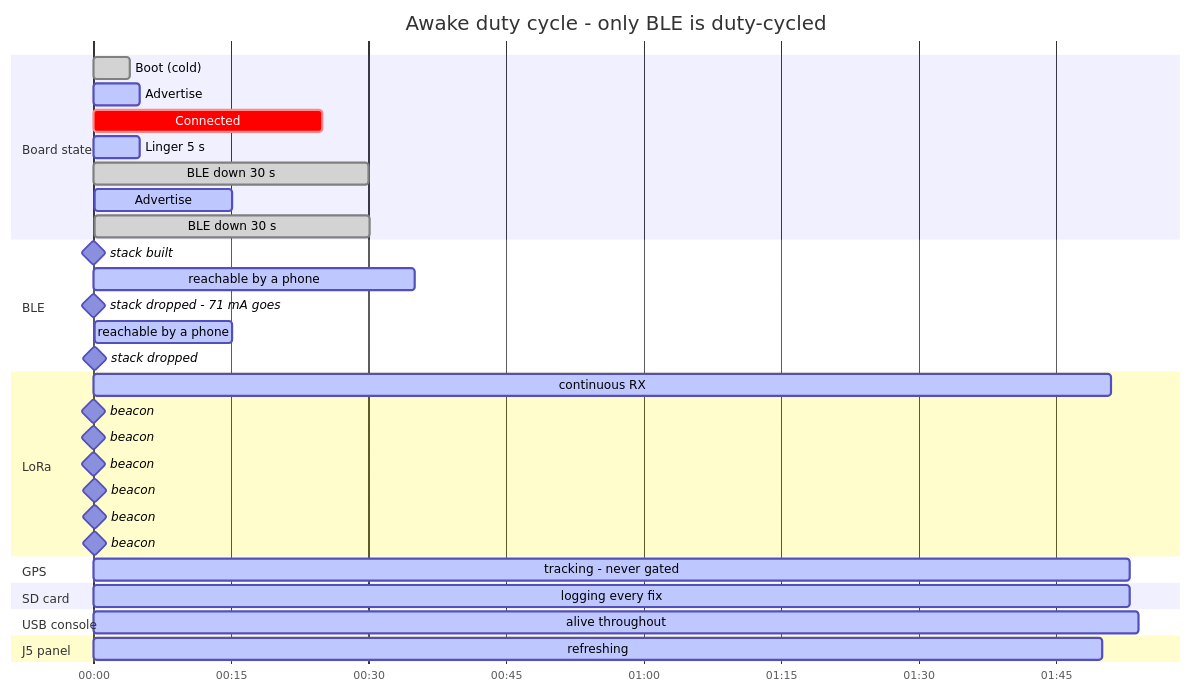
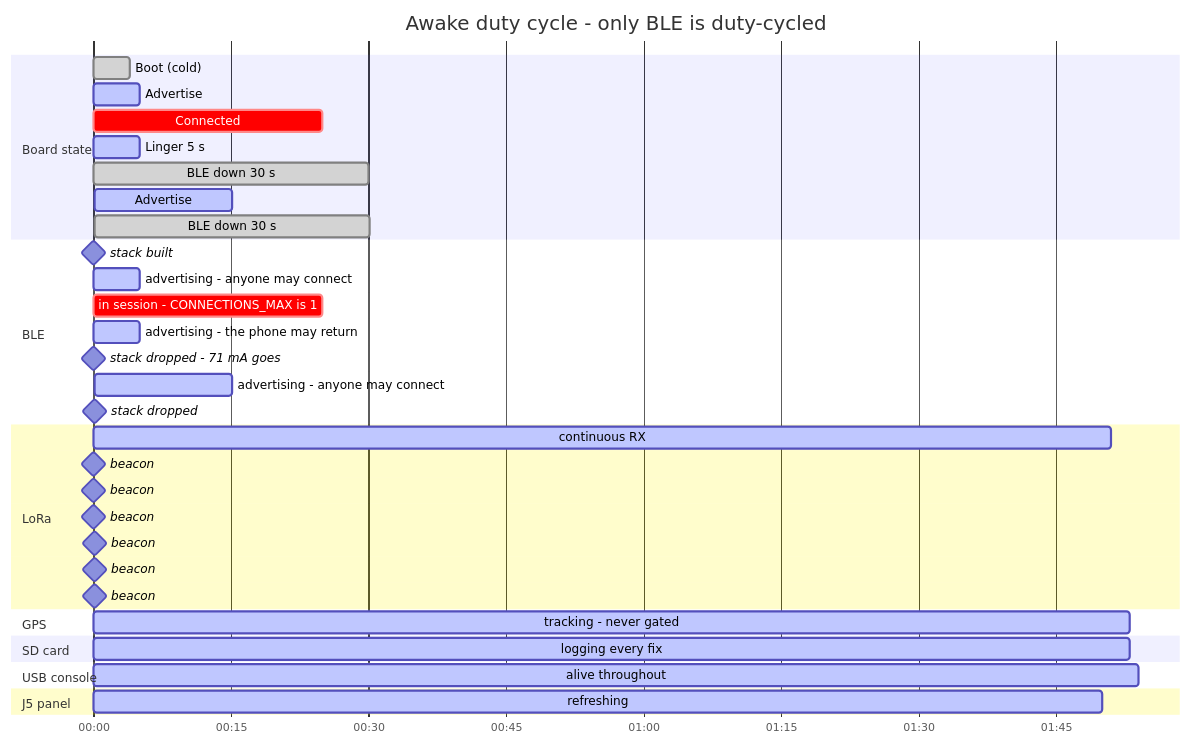
One commit to Telemety-In-Midair/telemetry-in-midair-rs changed the seventh of 9 diagrams in ARCHITECTURE.md. Above: the diagram before and after it, drawn with Mermaid. The commit also changed other lines of this file, not shown here.

First line of the commit message:
docs: say which of the gantt timings are real and which are drawn

````diff
--- a/ARCHITECTURE.md
+++ b/ARCHITECTURE.md
@@ -460,43 +467,45 @@
 ```mermaid
 gantt
     title Awake duty cycle - only BLE is duty-cycled
     dateFormat X
     axisFormat %M:%S
 
     section Board state
     Boot (cold)             :done,   s1, 0, 4s
     Advertise               :active, s2, 4, 5s
     Connected               :crit,   s3, 9, 25s
     Linger 5 s              :active, s4, 34, 5s
     BLE down 30 s           :done,   s5, 39, 30s
     Advertise               :active, s6, 69, 15s
     BLE down 30 s           :done,   s7, 84, 30s
 
     section BLE
     stack built             :milestone, b0, 4, 0s
-    reachable by a phone    :active, b1, 4, 35s
-    stack dropped - 71 mA goes :milestone, b2, 39, 0s
-    reachable by a phone    :active, b3, 69, 15s
-    stack dropped           :milestone, b4, 84, 0s
+    advertising - anyone may connect :active, b1, 4, 5s
+    in session - CONNECTIONS_MAX is 1 :crit, b2, 9, 25s
+    advertising - the phone may return :active, b3, 34, 5s
+    stack dropped - 71 mA goes :milestone, b4, 39, 0s
+    advertising - anyone may connect :active, b5, 69, 15s
+    stack dropped           :milestone, b6, 84, 0s
 
     section LoRa
     continuous RX           :active, r1, 3, 111s
     beacon                  :milestone, r2, 5, 0s
     beacon                  :milestone, r3, 25, 0s
     beacon                  :milestone, r4, 45, 0s
     beacon                  :milestone, r5, 65, 0s
     beacon                  :milestone, r6, 85, 0s
     beacon                  :milestone, r7, 105, 0s
 
     section GPS
     tracking - never gated  :active, g1, 1, 113s
 
     section SD card
     logging every fix       :active, d1, 1, 113s
 
     section USB console
     alive throughout        :active, u1, 0, 114s
 
     section J5 panel
     refreshing              :active, o1, 4, 110s
 ```
````
